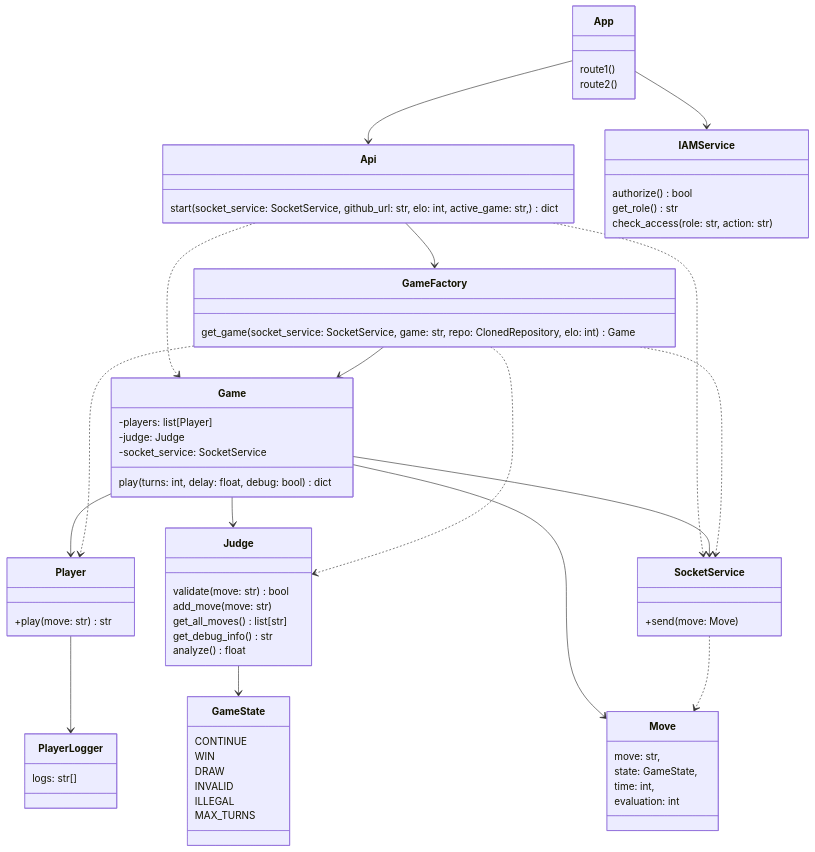
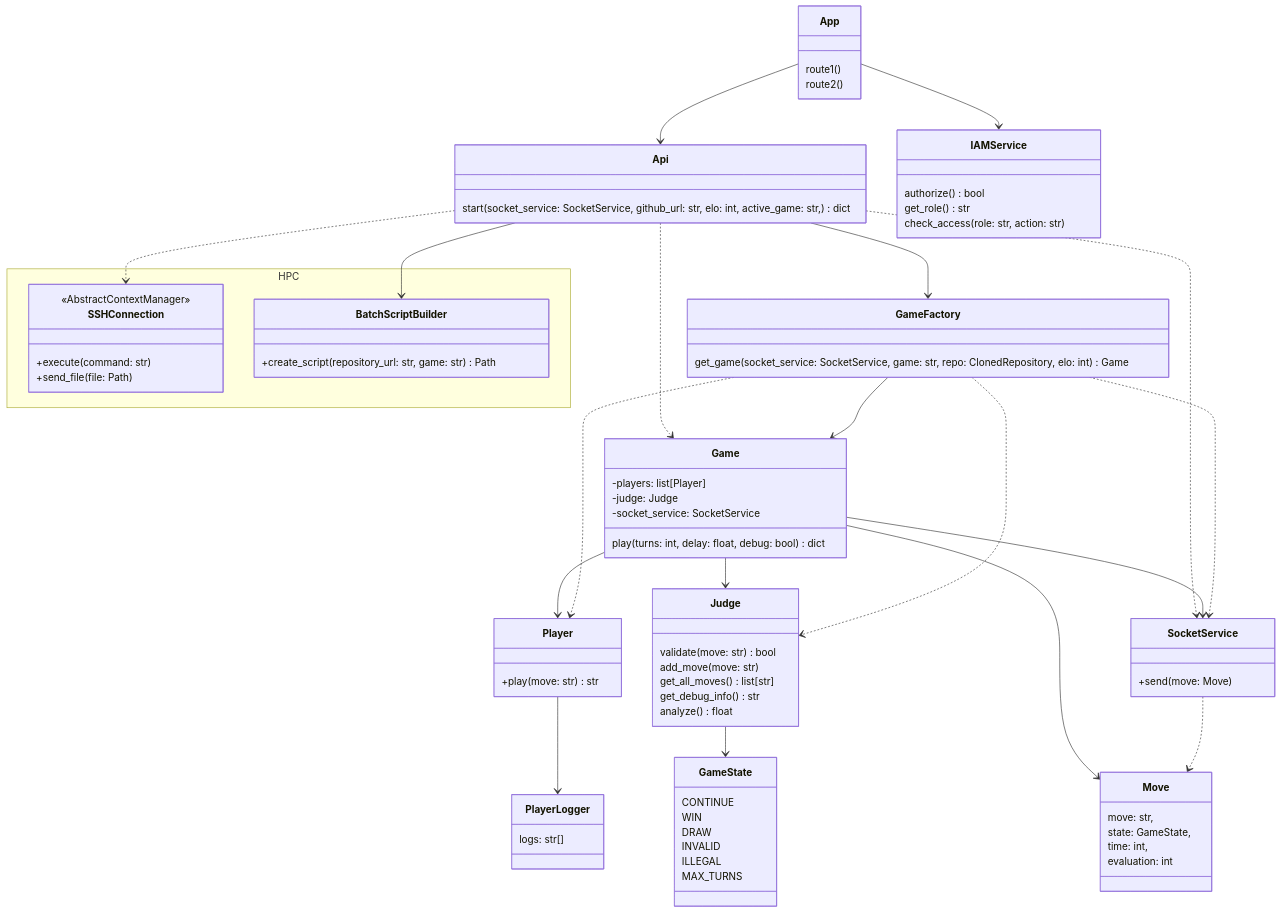
One commit to game-ai-platform-team/tira-ai-platform changed the third of 5 diagrams in docs/architecture.md. Above: the diagram before and after it, drawn with Mermaid.

Commit message:
docs(#111): Add documentation about SSH and batch script generation

```diff
--- a/docs/architecture.md
+++ b/docs/architecture.md
@@ -100,6 +100,8 @@
 Api ..> Game
 Api --> GameFactory
 Api ..> SocketService
+Api ..> SSHConnection
+Api --> BatchScriptBuilder
 Game --> Player
 Game --> Judge
 Game --> Move
@@ -128,6 +130,19 @@
 class SocketService {
     +send(move: Move)
 }
+
+namespace HPC {
+    class SSHConnection {
+        <<AbstractContextManager>>
+    +execute(command: str)
+    +send_file(file: Path)
+    }
+
+    class BatchScriptBuilder {
+        +create_script(repository_url: str, game: str) Path
+    }
+}
+
 
 class Judge {
     validate(move: str) bool
```
